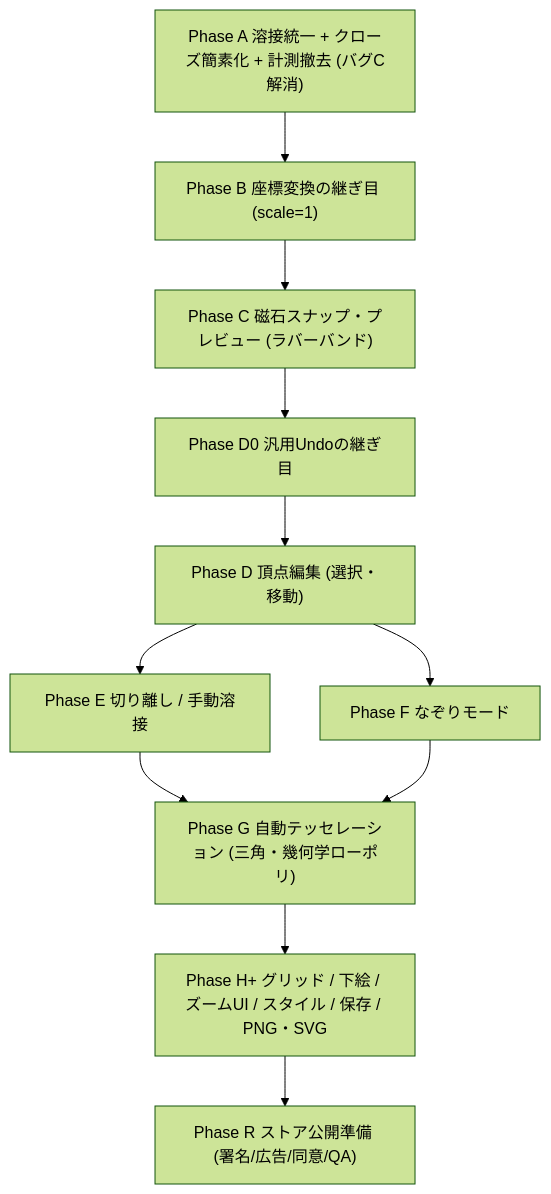
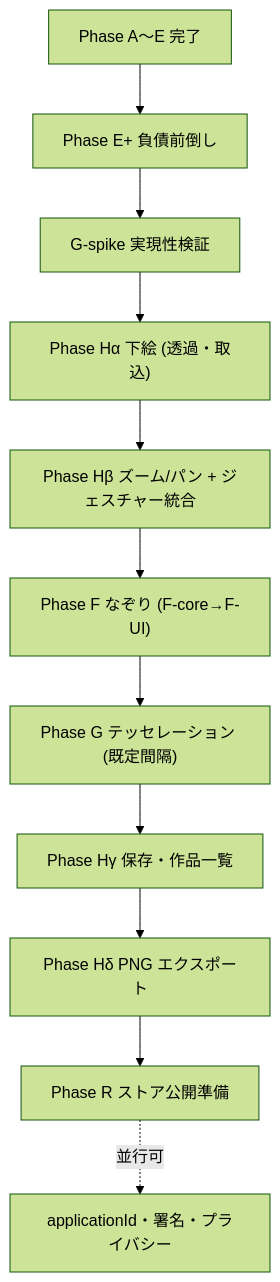
One commit to tukimibook/lowpoly_maker changed the second of 2 diagrams in .cursor/plans/ポリゴンアプリ再設計_e54196e6.plan.md. Above: the diagram before and after it, drawn with Mermaid (forest theme). The commit also changed other lines of this file and 3 other files, not shown here.

First line of the commit message:
Phase E+: Add undo cap and weld figure-8 guard

````diff
--- a/.cursor/plans/ポリゴンアプリ再設計_e54196e6.plan.md
+++ b/.cursor/plans/ポリゴンアプリ再設計_e54196e6.plan.md
@@ -60,13 +105,13 @@
 ```mermaid
 flowchart TD
-  A["Phase A 溶接統一 + クローズ簡素化 + 計測撤去 (バグC解消)"] --> B["Phase B 座標変換の継ぎ目 (scale=1)"]
-  B --> C["Phase C 磁石スナップ・プレビュー (ラバーバンド)"]
-  C --> D0["Phase D0 汎用Undoの継ぎ目"]
-  D0 --> D["Phase D 頂点編集 (選択・移動)"]
-  D --> E["Phase E 切り離し / 手動溶接"]
-  D --> F["Phase F なぞりモード"]
-  E --> G["Phase G 自動テッセレーション (三角・幾何学ローポリ)"]
-  F --> G
-  G --> H["Phase H+ グリッド / 下絵 / ズームUI / スタイル / 保存 / PNG・SVG"]
-  H --> R["Phase R ストア公開準備 (署名/広告/同意/QA)"]
+  Done["Phase A〜E 完了"] --> Eplus["Phase E+ 負債前倒し"]
+  Eplus --> Gspike["G-spike 実現性検証"]
+  Gspike --> Ha["Phase Hα 下絵 (透過・取込)"]
+  Ha --> Hb["Phase Hβ ズーム/パン + ジェスチャー統合"]
+  Hb --> F["Phase F なぞり (F-core→F-UI)"]
+  F --> G["Phase G テッセレーション (既定間隔)"]
+  G --> Hg["Phase Hγ 保存・作品一覧"]
+  Hg --> Hd["Phase Hδ PNG エクスポート"]
+  Hd --> R["Phase R ストア公開準備"]
+  R -.->|並行可| Rearly["applicationId・署名・プライバシー"]
 ```
````
